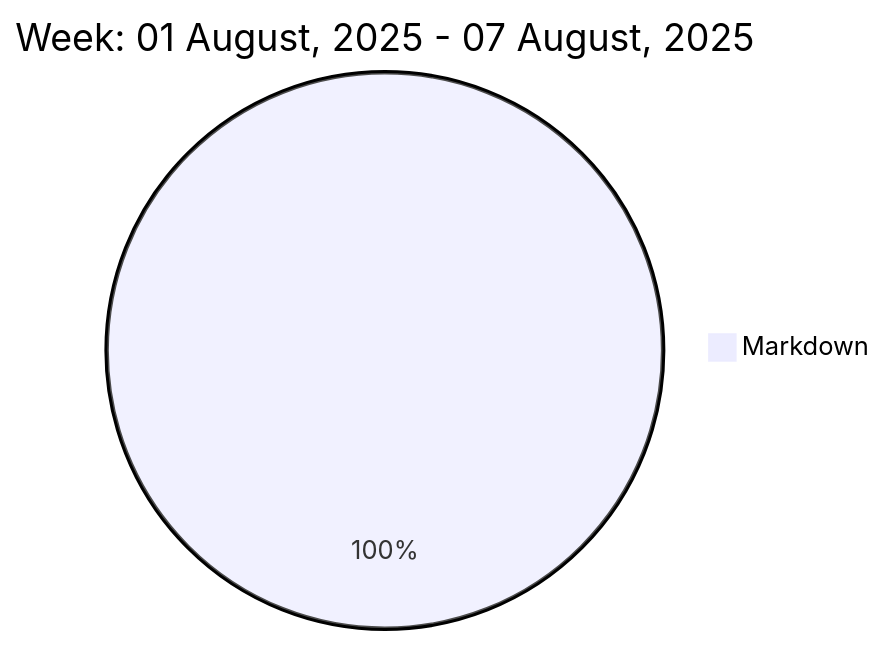
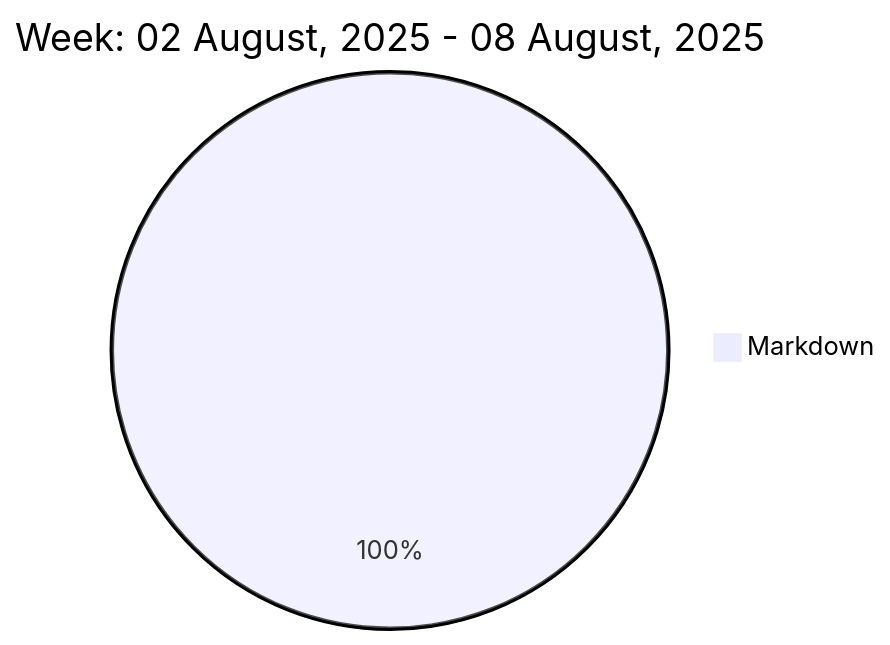
One commit to liubin95/liubin95 changed the diagram in README.md. Above: the diagram before and after it, drawn with Mermaid.

Commit message:
Updated the Graph with new Metrics

````diff
--- a/README.md
+++ b/README.md
@@ -37,5 +37,5 @@
 ```mermaid
  pie
-title Week: 01 August, 2025 - 07 August, 2025
- "Markdown" : 1.68
+title Week: 02 August, 2025 - 08 August, 2025
+ "Markdown" : 1.9
 ```
````
